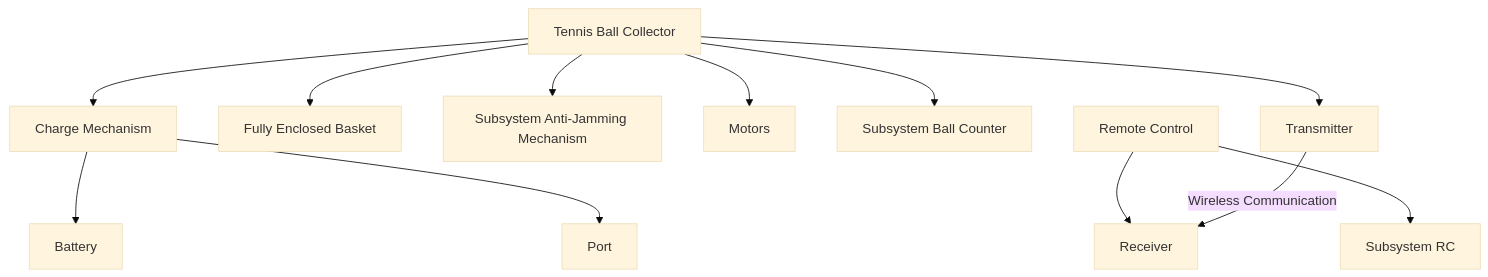
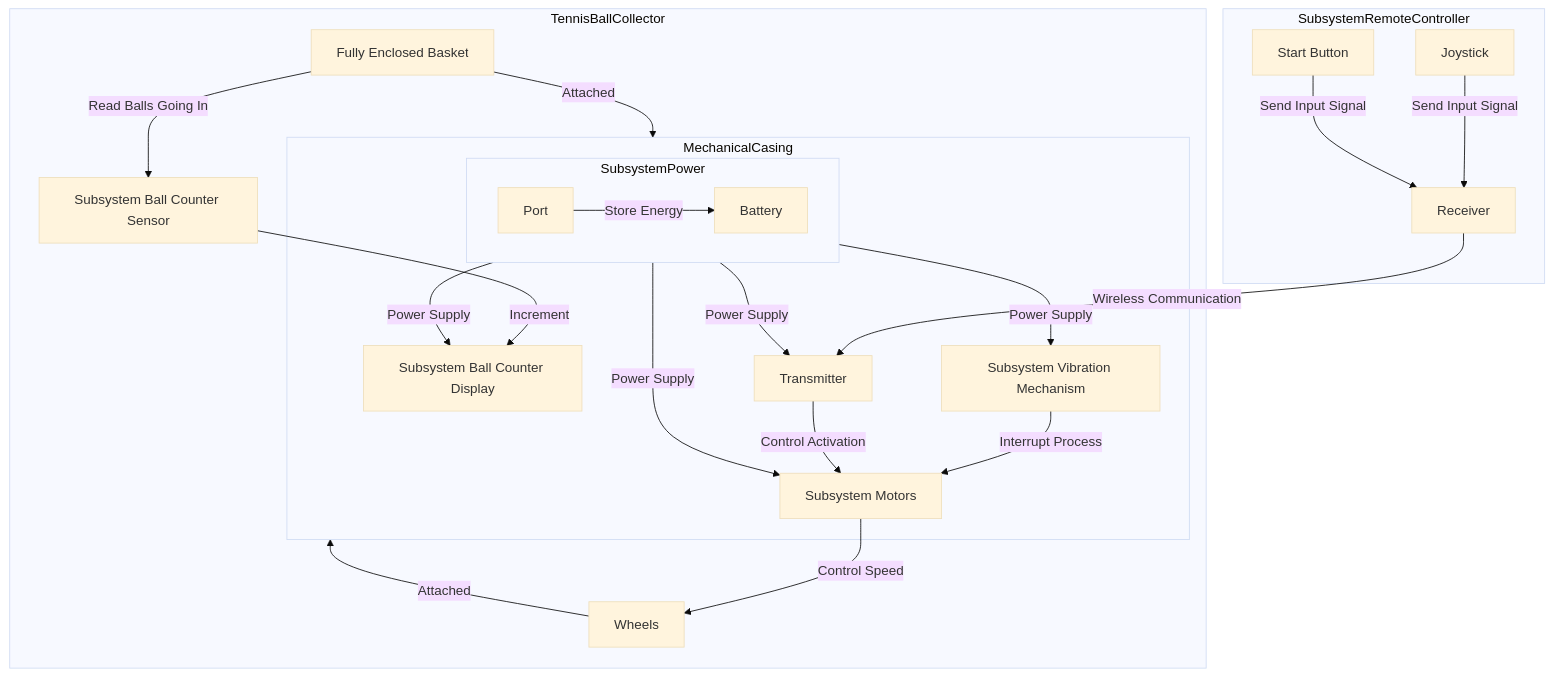
One commit to link422/F24_Team3_TennisBallCollector changed the first of 3 diagrams in Reports/Conceptual Design.md. Above: the diagram before and after it, drawn with Mermaid (base theme).

Commit message:
Update Conceptual Design.md
Updated Hardware Block Diagram

````diff
--- a/Reports/Conceptual Design.md
+++ b/Reports/Conceptual Design.md
@@ -81,39 +81,54 @@
 ```mermaid
-graph TD
-    A[Tennis Ball Collector]
-    B[Remote Control]
+flowchart TD
+    A1[Fully Enclosed Basket]
+    A2[Subsystem Ball Counter Sensor]
+    A3[Wheels]
+    A21[Subsystem Vibration Mechanism]
+    A22[Subsystem Motors]
+    A23[Subsystem Ball Counter Display]
+    A24[Transmitter]
+    A25[Battery]
+    A26[Port]
 
-    A1[Fully Enclosed Basket]
-    A2[Subsystem Anti-Jamming Mechanism]
-    A3[Motors]
-    A4[Subsystem Ball Counter]
-    A5[Charge Mechanism]
-    A6[Transmitter]
-    A51[Battery]
-    A52[Port]
+    B1[Joystick]
+    B2[Start Button]
+    B3[Receiver]
 
-    B1[Subsystem RC]
-    B2[Receiver]
+    subgraph TennisBallCollector
+    A1 --> |Attached|MechanicalCasing
+    A1 --> |Read Balls Going In|A2
+    A2 --> |Increment|A23
+    subgraph MechanicalCasing
+    A21 --> |Interrupt Process|A22
+    A24 --> |Control Activation|A22
+    SubsystemPower --> |Power Supply|A21
+    SubsystemPower --> |Power Supply|A22
+    SubsystemPower --> |Power Supply|A23
+    SubsystemPower --> |Power Supply|A24
+    subgraph SubsystemPower
+    A26 --> |Store Energy|A25
+    end
+    end
+    A3 --> |Attached|MechanicalCasing
+    A22 --> |Control Speed|A3
+    end
 
-    A --> A1
-    A --> A2
-    A --> A3
-    A --> A4
-    A --> A5
-    A --> A6
-    A5 --> A51
-    A5 --> A52
-   
-    B --> B1
-    B --> B2
+    subgraph SubsystemRemoteController
+    B1 --> |Send Input Signal|B3
+    B2 --> |Send Input Signal|B3
+    end
 
-    A6 --> |Wireless Communication|B2
+    B3 --> |Wireless Communication|A24
 
     click A1 "Fully Enclosed Basket for storing the Tennis Balls collected. "
-    click A2 "If tennis ball gets stuck, activate mechanism and indicate to operator."
-    click A3 "Used for syncing the 4 wheels with RC."
-    click A4 "Sensor that counts the number of balls going into the basket."
-    click A51 "Circuitry connecting battery to charging mechanism."
-    click A52 "Mechanism whether USB-A, USB-C, or micro-cable that is capatable with existing chargers."
-    click B1 "This system will need to have a transmitter and a receiver to the tennis ball collector."
+    click A2 "Goal is to sense the balls going into the basket and communicate to counter."
+    click A21 "If tennis ball gets stuck, activate mechanism and indicate to operator."
+    click A22 "Used for self propelling the wheels of the Tennis Ball Collector."
+    click A23 "Increment ball counter and display on LCD like disply located on the surface of mechanical casing"
+    click A24 "Receive signals sent by the remote Controller."
+    click A25 "Lithium ion battery used to supply the electronics in the system with energy."
+    click A26 "Mechanism whether USB-A, USB-C, or micro-cable that is capatable with existing chargers."
+    click B1 "Control used to control the direction of the Tennis Ball Collector."
+    click B2 "Control used to turn on/off of the Tennis Ball Collector remotely."
+    click B3 "Send signals to Tennis Ball Collector to control Mechanism."
 ```
````
